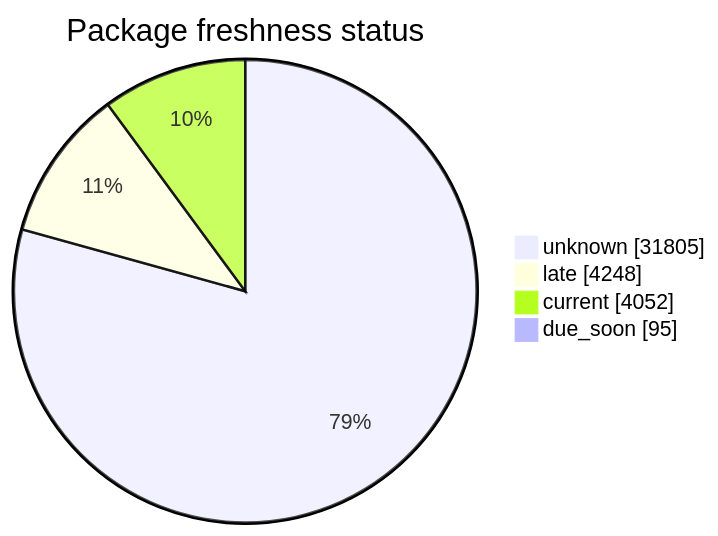
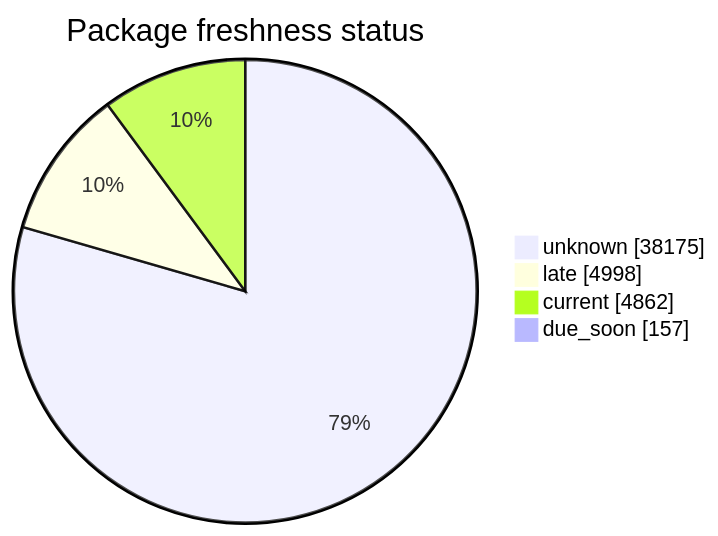
Before and after one commit to open-data/analytics-corporate-reporting: the second of 5 diagrams in FreshCheck/README.md, drawn with Mermaid. The commit also changed other lines of this file and 3 other files, not shown here.

````diff
--- a/FreshCheck/README.md
+++ b/FreshCheck/README.md
@@ -68,7 +68,7 @@
 ```mermaid
 pie showData title Package freshness status
-    "unknown": 31805
-    "late": 4248
-    "current": 4052
-    "due_soon": 95
+    "unknown": 38175
+    "late": 4998
+    "current": 4862
+    "due_soon": 157
 ```
````
